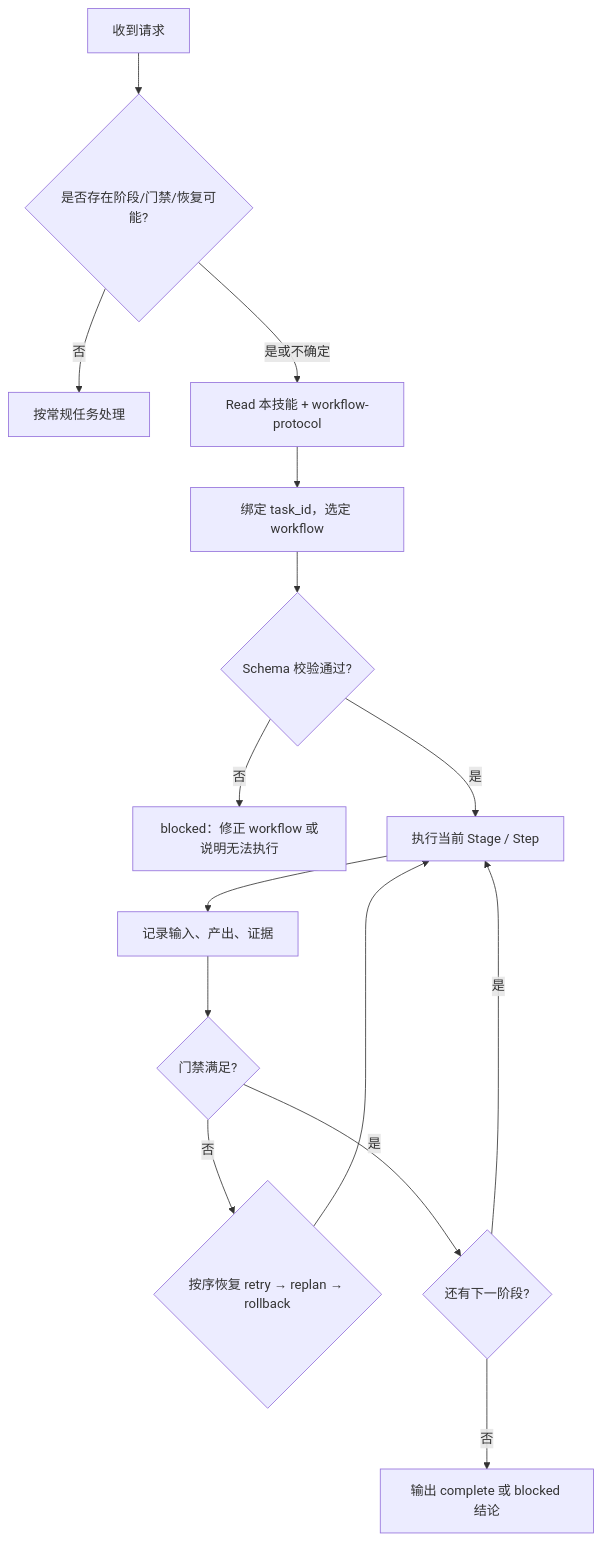
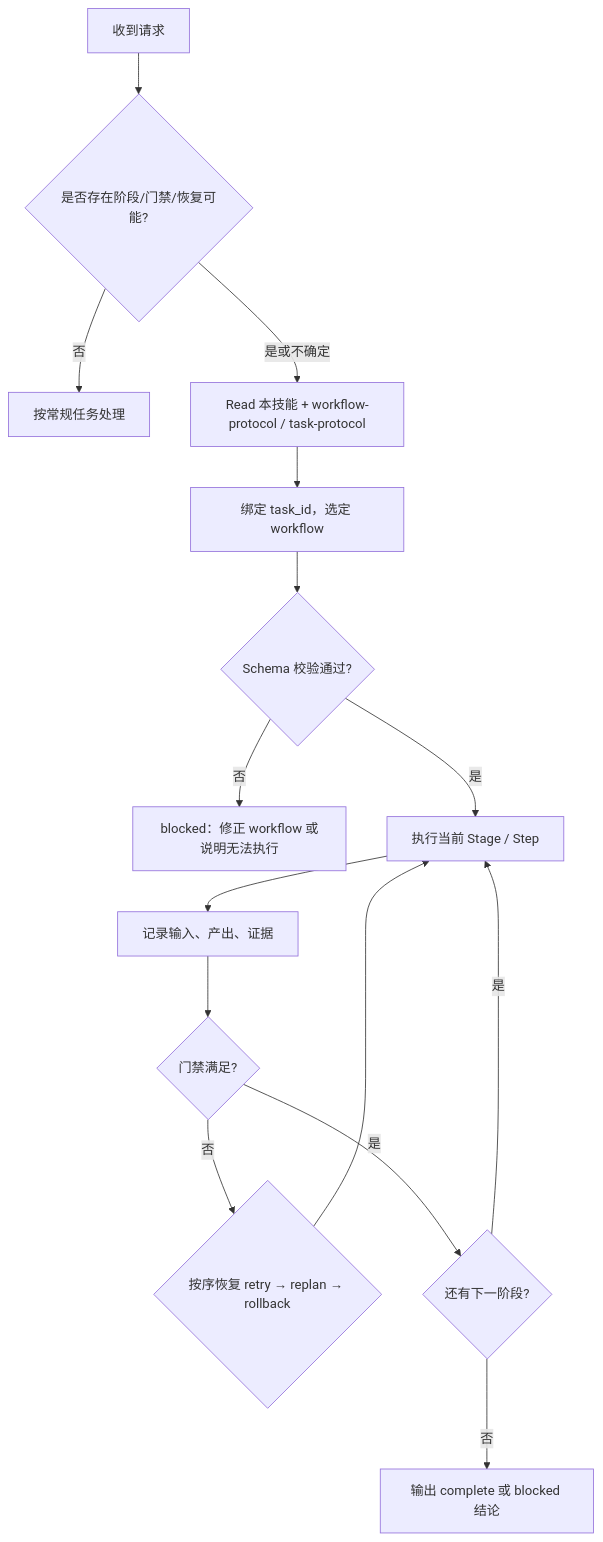
The diagram in skills/call-reason-cavalier/SKILL.md (liushoukun/reason-cavalier), drawn with Mermaid before and after one commit. The commit also changed other lines of this file and 2 other files, not shown here.

````diff
--- a/skills/call-reason-cavalier/SKILL.md
+++ b/skills/call-reason-cavalier/SKILL.md
@@ -43,17 +64,17 @@
 ```mermaid
 flowchart TD
   R[收到请求] --> Q{是否存在阶段/门禁/恢复可能?}
   Q -->|否| N[按常规任务处理]
-  Q -->|是或不确定| L[Read 本技能 + workflow-protocol]
+  Q -->|是或不确定| L[Read 本技能 + workflow-protocol / task-protocol]
   L --> T[绑定 task_id，选定 workflow]
   T --> V{Schema 校验通过?}
   V -->|否| B[blocked：修正 workflow 或说明无法执行]
   V -->|是| S[执行当前 Stage / Step]
   S --> E[记录输入、产出、证据]
   E --> G{门禁满足?}
   G -->|否| F{按序恢复 retry → replan → rollback}
   F --> S
   G -->|是| M{还有下一阶段?}
   M -->|是| S
   M -->|否| C[输出 complete 或 blocked 结论]
 ```
````
